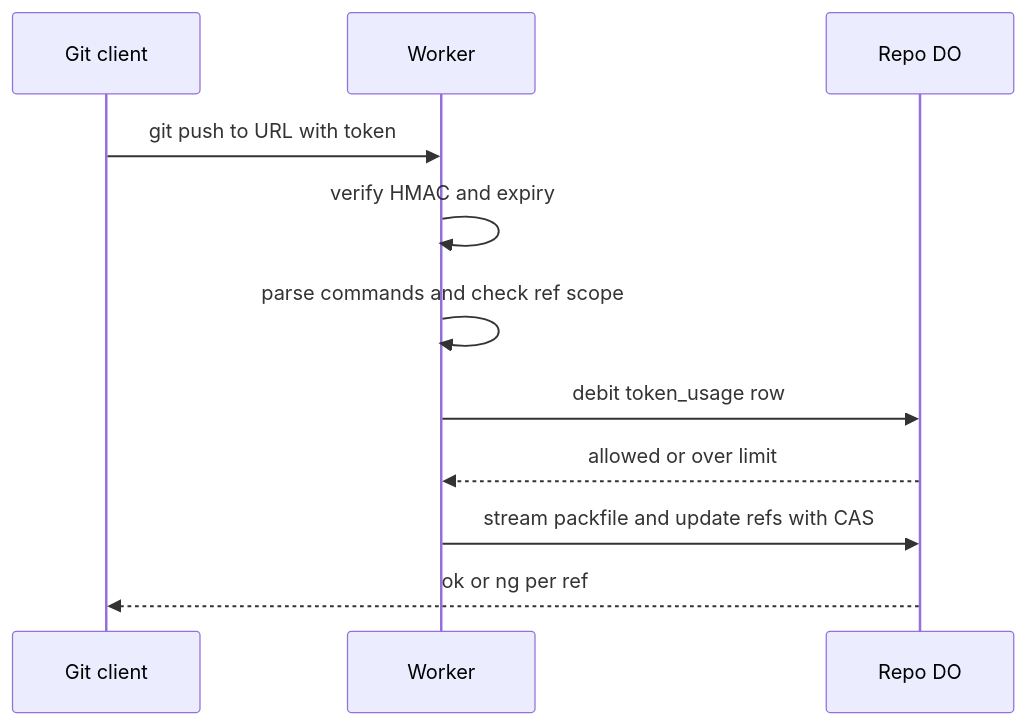
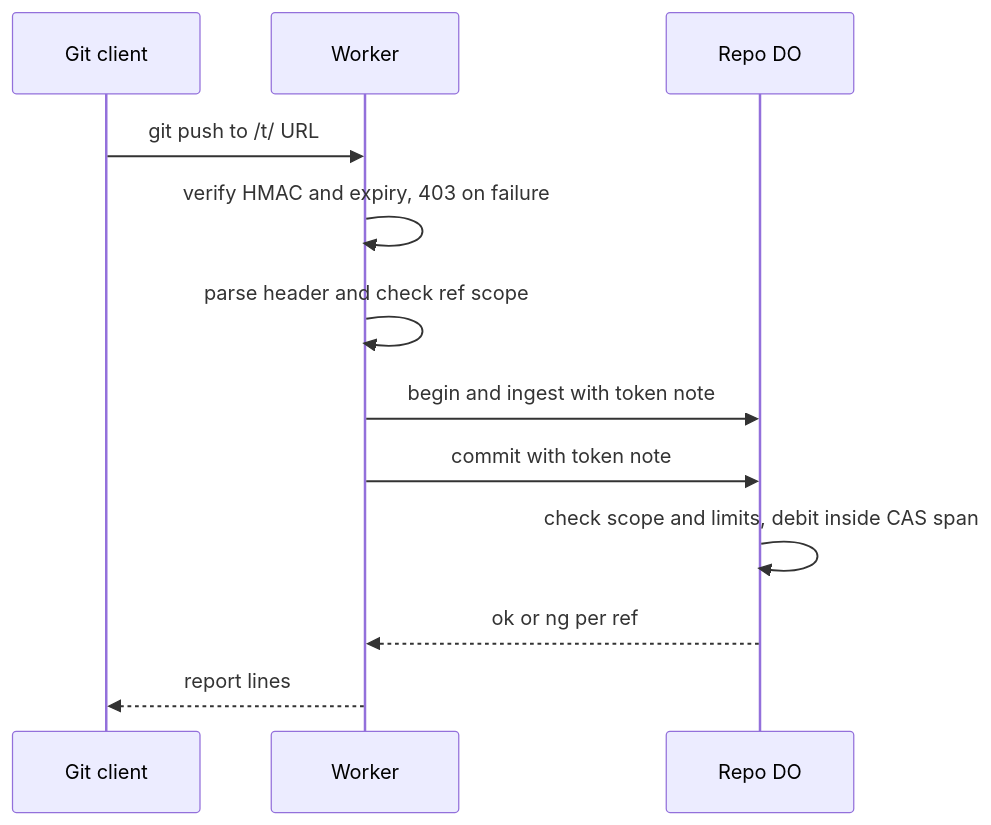
One commit to idl3/git-edge changed the diagram in plain/scoped-token-remotes.md. Above: the diagram before and after it, drawn with Mermaid. The commit also changed other lines of this file and 65 other files, not shown here.

````diff
--- a/plain/scoped-token-remotes.md
+++ b/plain/scoped-token-remotes.md
@@ -26,13 +26,14 @@
 ```mermaid
 sequenceDiagram
   participant Client as Git client
   participant Worker
   participant DO as Repo DO
-  Client->>Worker: git push to URL with token
-  Worker->>Worker: verify HMAC and expiry
-  Worker->>Worker: parse commands and check ref scope
-  Worker->>DO: debit token_usage row
-  DO-->>Worker: allowed or over limit
-  Worker->>DO: stream packfile and update refs with CAS
-  DO-->>Client: ok or ng per ref
+  Client->>Worker: git push to /t/ URL
+  Worker->>Worker: verify HMAC and expiry, 403 on failure
+  Worker->>Worker: parse header and check ref scope
+  Worker->>DO: begin and ingest with token note
+  Worker->>DO: commit with token note
+  DO->>DO: check scope and limits, debit inside CAS span
+  DO-->>Worker: ok or ng per ref
+  Worker-->>Client: report lines
 ```
````
